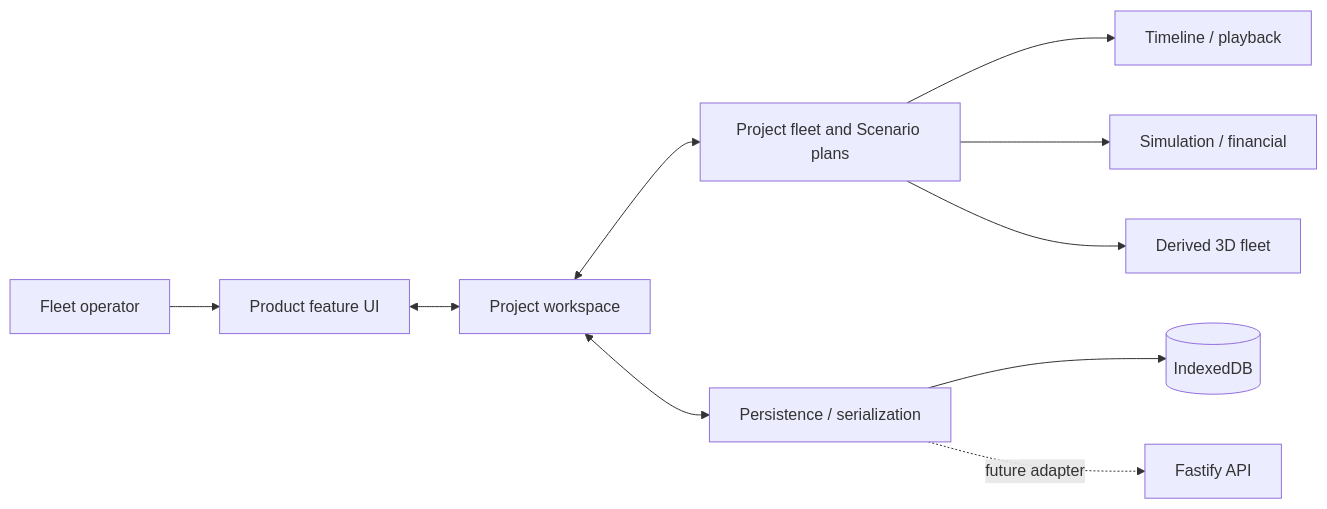
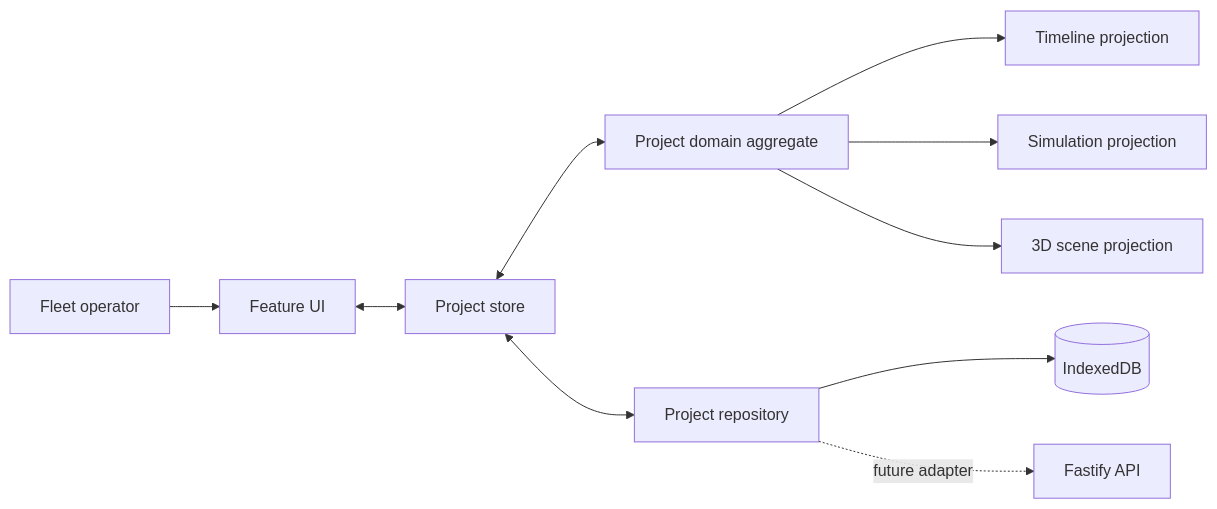
Before and after one commit to The-Sims-Digipen/Fleet-Project: the diagram in docs/tech/architecture.md, drawn with Mermaid. The commit also changed other lines of this file and 75 other files, not shown here.

Commit message:
refactor: make project aggregate canonical

````diff
--- a/docs/tech/architecture.md
+++ b/docs/tech/architecture.md
@@ -19,12 +19,12 @@
 ```mermaid
 flowchart LR
-  Operator[Fleet operator] --> UI[Product feature UI]
-  UI <--> Workspace[Project workspace]
-  Workspace <--> Domain[Project fleet and Scenario plans]
-  Domain --> Timeline[Timeline / playback]
-  Domain --> Simulation[Simulation / financial]
-  Domain --> Scene[Derived 3D fleet]
-  Workspace <--> Repo[Persistence / serialization]
+  Operator[Fleet operator] --> UI[Feature UI]
+  UI <--> Store[Project store]
+  Store <--> Project[Project domain aggregate]
+  Project --> Timeline[Timeline projection]
+  Project --> Simulation[Simulation projection]
+  Project --> Scene[3D scene projection]
+  Store <--> Repo[Project repository]
   Repo --> IDB[(IndexedDB)]
   Repo -. future adapter .-> API[Fastify API]
 ```
````
